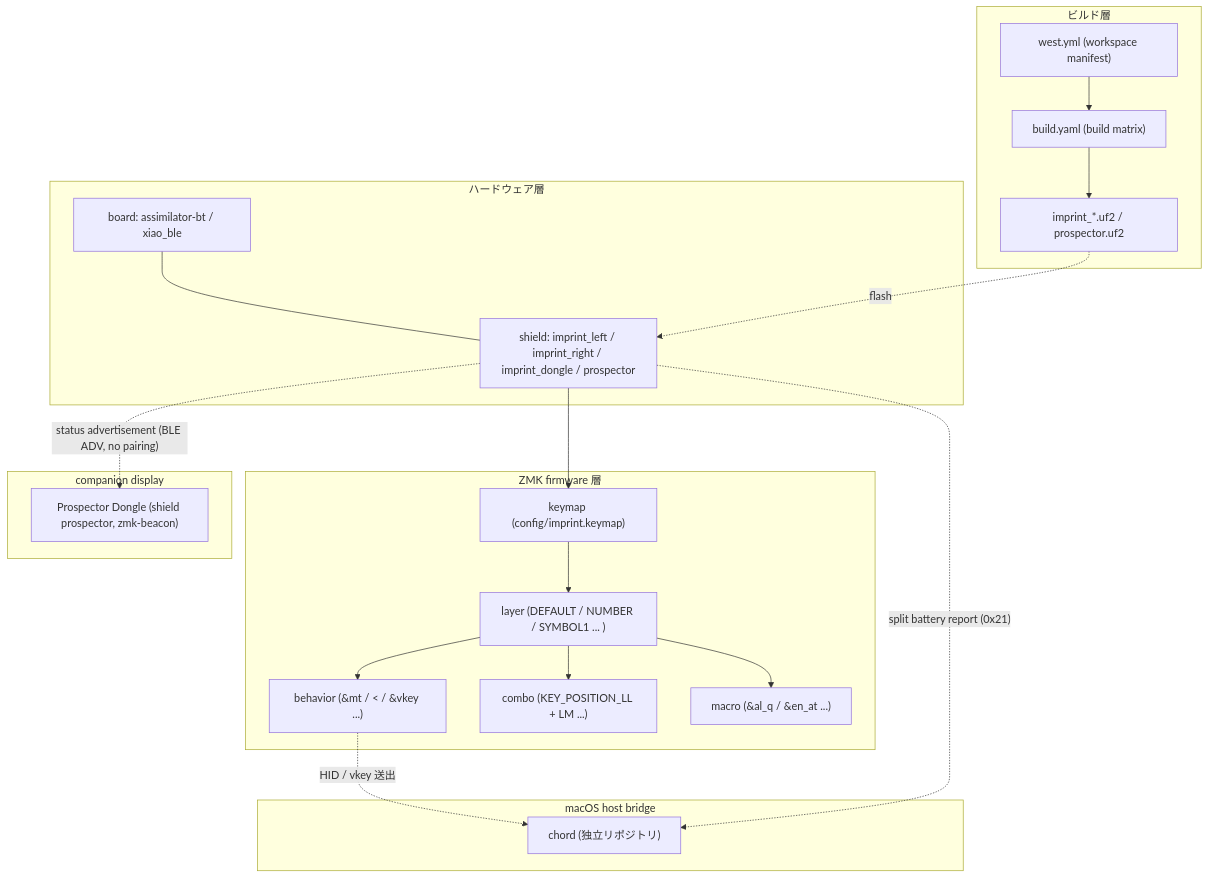
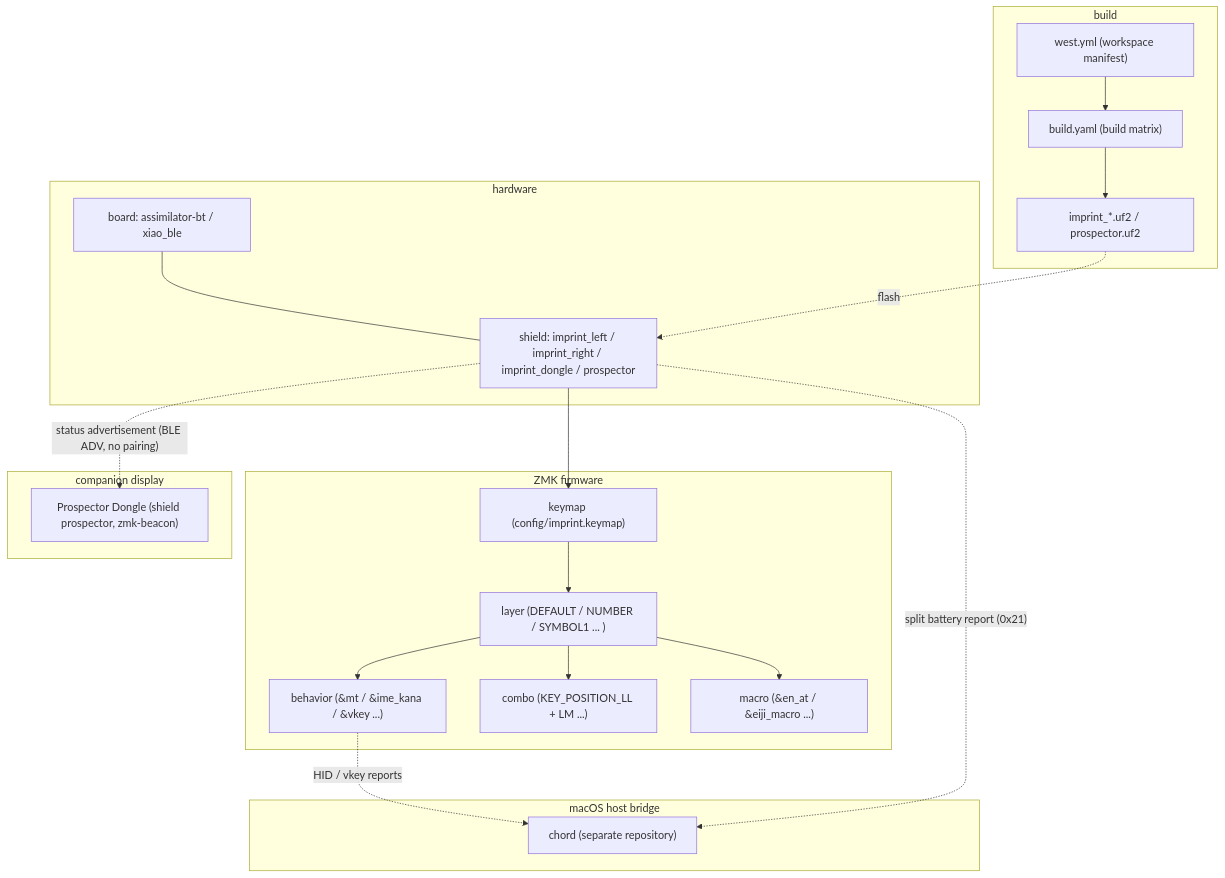
The diagram in docs/glossary.md (akira-toriyama/canon), drawn with Mermaid before and after one commit. The commit also changed other lines of this file and 35 other files, not shown here.

First line of the commit message:
:memo:(docs)= rewrite the docs in English and drop the finished roadmaps (#242)

````diff
--- a/docs/glossary.md
+++ b/docs/glossary.md
@@ -34,37 +25,37 @@
 ```mermaid
 flowchart TB
-  subgraph HW["ハードウェア層"]
+  subgraph HW["hardware"]
     BOARD["board: assimilator-bt / xiao_ble"]
     SHIELD["shield: imprint_left / imprint_right / imprint_dongle / prospector"]
   end
-  subgraph FW["ZMK firmware 層"]
+  subgraph FW["ZMK firmware"]
     KEYMAP["keymap (config/imprint.keymap)"]
     LAYER["layer (DEFAULT / NUMBER / SYMBOL1 ... )"]
-    BEHAVIOR["behavior (&mt / &lt / &vkey ...)"]
+    BEHAVIOR["behavior (&mt / &ime_kana / &vkey ...)"]
     COMBO["combo (KEY_POSITION_LL + LM ...)"]
-    MACRO["macro (&al_q / &en_at ...)"]
+    MACRO["macro (&en_at / &eiji_macro ...)"]
   end
-  subgraph BUILD["ビルド層"]
+  subgraph BUILD["build"]
     WEST["west.yml (workspace manifest)"]
     BUILDYAML["build.yaml (build matrix)"]
     UF2["imprint_*.uf2 / prospector.uf2"]
   end
   subgraph HOST["macOS host bridge"]
-    CHORD["chord (独立リポジトリ)"]
+    CHORD["chord (separate repository)"]
   end
   subgraph COMPANION["companion display"]
     PROSPECTOR["Prospector Dongle (shield prospector, zmk-beacon)"]
   end
   BOARD --- SHIELD
   SHIELD --> KEYMAP
   KEYMAP --> LAYER
   LAYER --> BEHAVIOR
   LAYER --> COMBO
   LAYER --> MACRO
   WEST --> BUILDYAML
   BUILDYAML --> UF2
   UF2 -.flash.-> SHIELD
-  BEHAVIOR -.HID / vkey 送出.-> CHORD
+  BEHAVIOR -.HID / vkey reports.-> CHORD
   SHIELD -.split battery report (0x21).-> CHORD
   SHIELD -.status advertisement (BLE ADV, no pairing).-> PROSPECTOR
 ```
````
